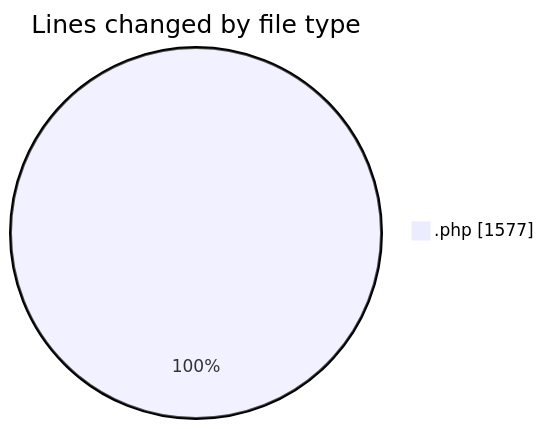
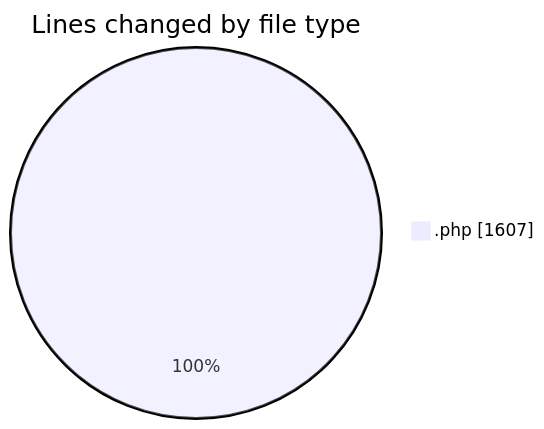
The first of 2 diagrams in 2025-08-20/enfold-child/README.md (debugP/code-tracking), drawn with Mermaid before and after one commit. The commit also changed other lines of this file and 1 other file, not shown here.

````diff
--- a/2025-08-20/enfold-child/README.md
+++ b/2025-08-20/enfold-child/README.md
@@ -20,5 +20,5 @@
 ```mermaid
 pie showData
 title Lines changed by file type
-".php" : 1577
+".php" : 1607
 ```
````
